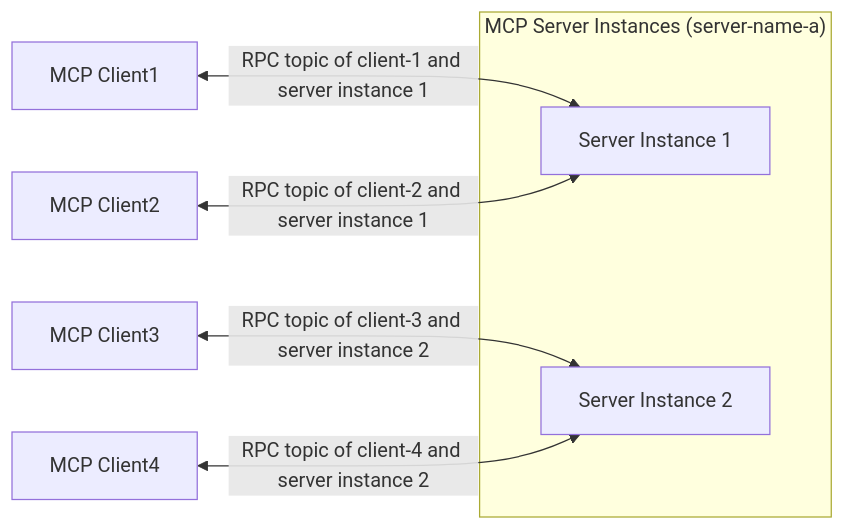
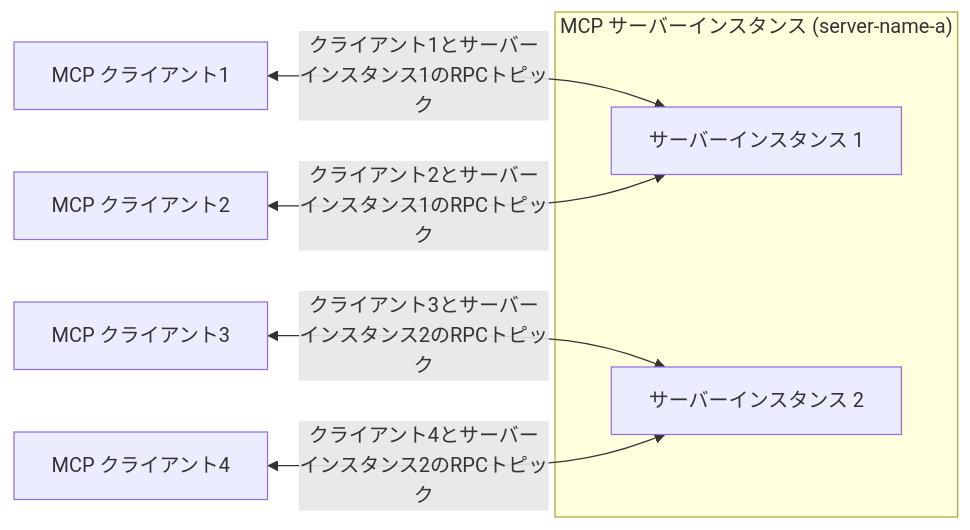
The second of 2 diagrams in ja_JP/emqx-ai/mcp-over-mqtt/architecture.md (emqx/emqx-docs), drawn with Mermaid before and after one commit. The commit also changed other lines of this file and 279 other files, not shown here.

````diff
--- a/ja_JP/emqx-ai/mcp-over-mqtt/architecture.md
+++ b/ja_JP/emqx-ai/mcp-over-mqtt/architecture.md
@@ -73,19 +73,19 @@
 ```mermaid
 graph LR
 
-    C1["MCP Client1"]
-    C2["MCP Client2"]
-    C3["MCP Client3"]
-    C4["MCP Client4"]
+    C1["MCP クライアント1"]
+    C2["MCP クライアント2"]
+    C3["MCP クライアント3"]
+    C4["MCP クライアント4"]
 
-    subgraph "MCP Server Instances (server-name-a)"
-        S1[Server Instance 1]
-        S2[Server Instance 2]
+    subgraph "MCP サーバーインスタンス (server-name-a)"
+        S1[サーバーインスタンス 1]
+        S2[サーバーインスタンス 2]
     end
 
-    C1 <-- "RPC topic of client-1 and server instance 1" --> S1
-    C2 <-- "RPC topic of client-2 and server instance 1" --> S1
-    C3 <-- "RPC topic of client-3 and server instance 2" --> S2
-    C4 <-- "RPC topic of client-4 and server instance 2" --> S2
+    C1 <-- "クライアント1とサーバーインスタンス1のRPCトピック" --> S1
+    C2 <-- "クライアント2とサーバーインスタンス1のRPCトピック" --> S1
+    C3 <-- "クライアント3とサーバーインスタンス2のRPCトピック" --> S2
+    C4 <-- "クライアント4とサーバーインスタンス2のRPCトピック" --> S2
 
 ```
````
